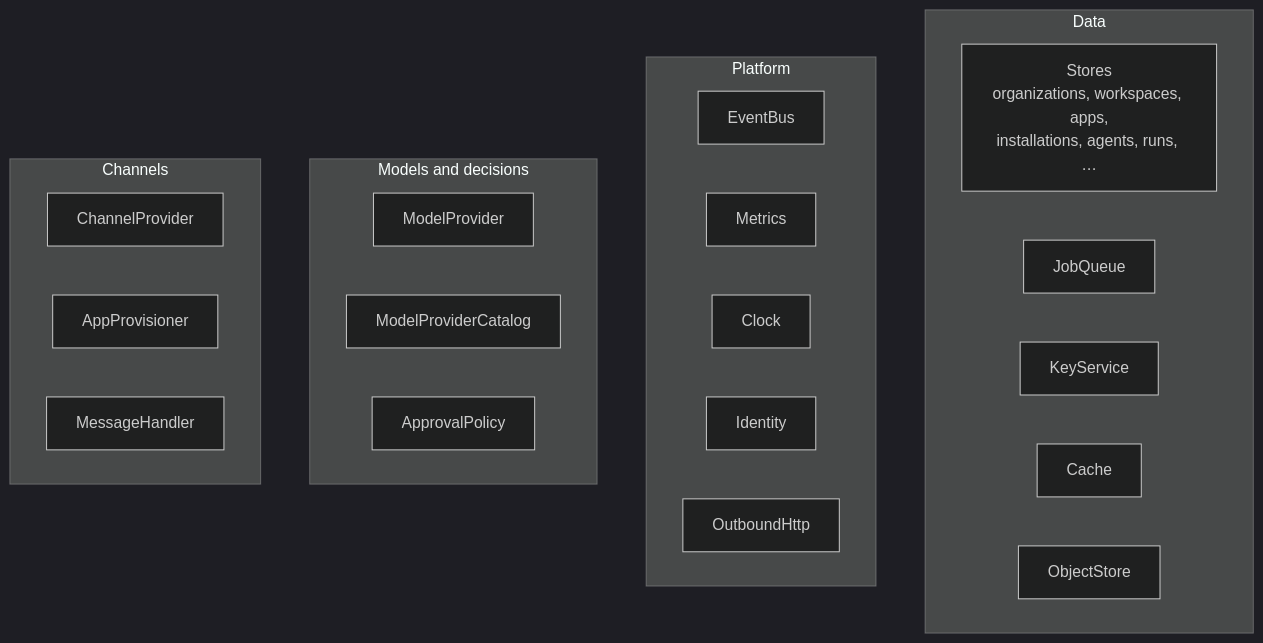
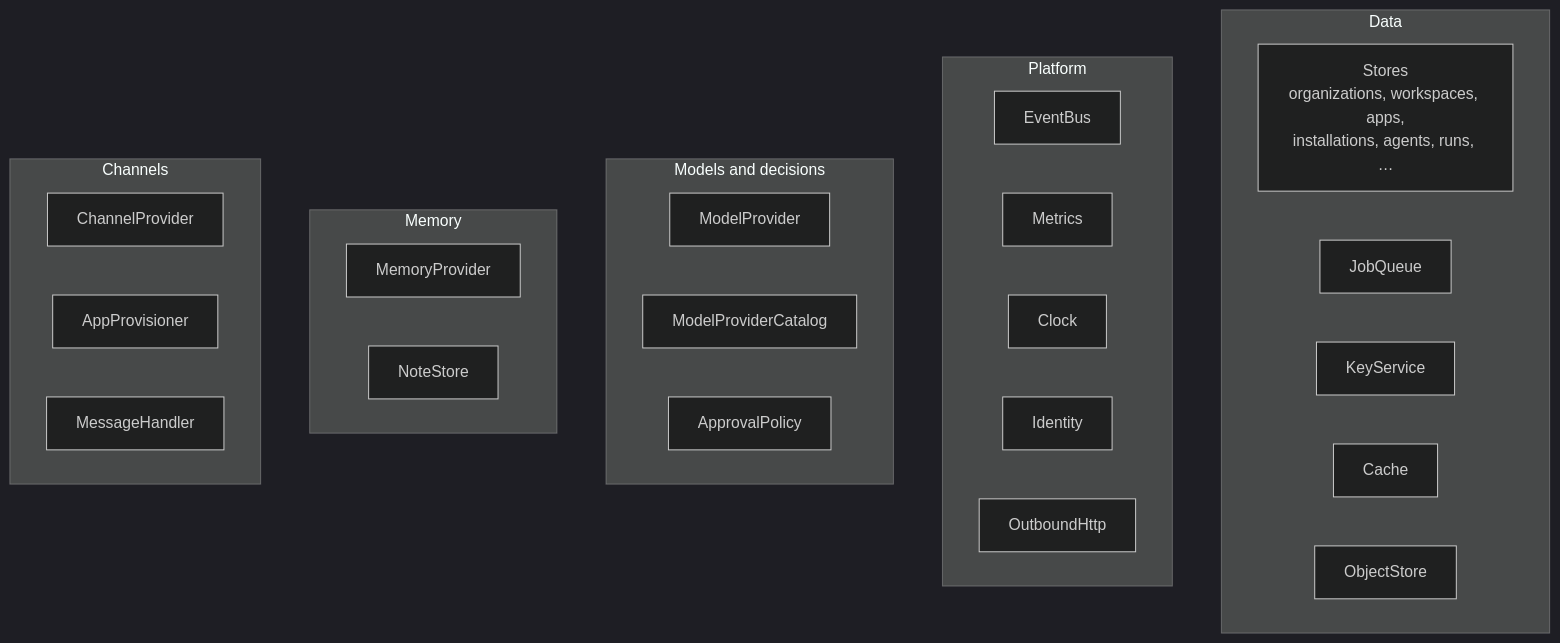
One commit to zupflow-hq/zupflow changed the diagram in apps/docs/src/content/docs/self-hosting/architecture/traits.mdx. Above: the diagram before and after it, drawn with Mermaid (dark theme). The commit also changed other lines of this file and 11 other files, not shown here.

````diff
--- a/apps/docs/src/content/docs/self-hosting/architecture/traits.mdx
+++ b/apps/docs/src/content/docs/self-hosting/architecture/traits.mdx
@@ -10,27 +10,31 @@
 ```mermaid
 flowchart TB
     subgraph data["Data"]
         ST["Stores<br/>organizations, workspaces, apps,<br/>installations, agents, runs, …"]
         JQ[JobQueue]
         KS[KeyService]
         CA[Cache]
         OS[ObjectStore]
     end
     subgraph platform["Platform"]
         EB[EventBus]
         ME[Metrics]
         CL[Clock]
         ID[Identity]
         OH[OutboundHttp]
     end
     subgraph decisions["Models and decisions"]
         MP[ModelProvider]
         MC[ModelProviderCatalog]
         AP[ApprovalPolicy]
     end
+    subgraph memory["Memory"]
+        MK[MemoryProvider]
+        NS[NoteStore]
+    end
     subgraph channels["Channels"]
         CP[ChannelProvider]
         PR[AppProvisioner]
         MH[MessageHandler]
     end
 ```
````
